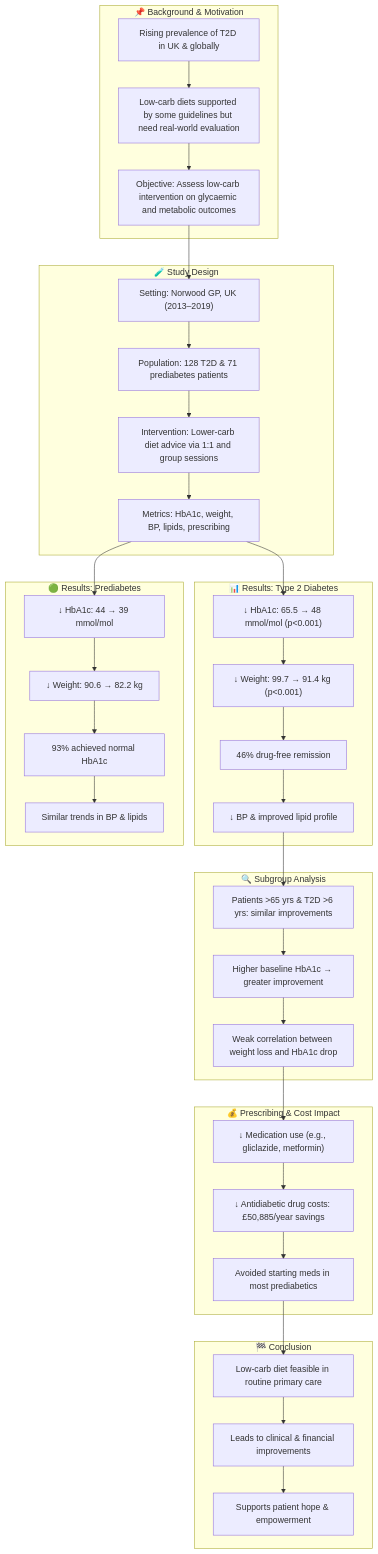
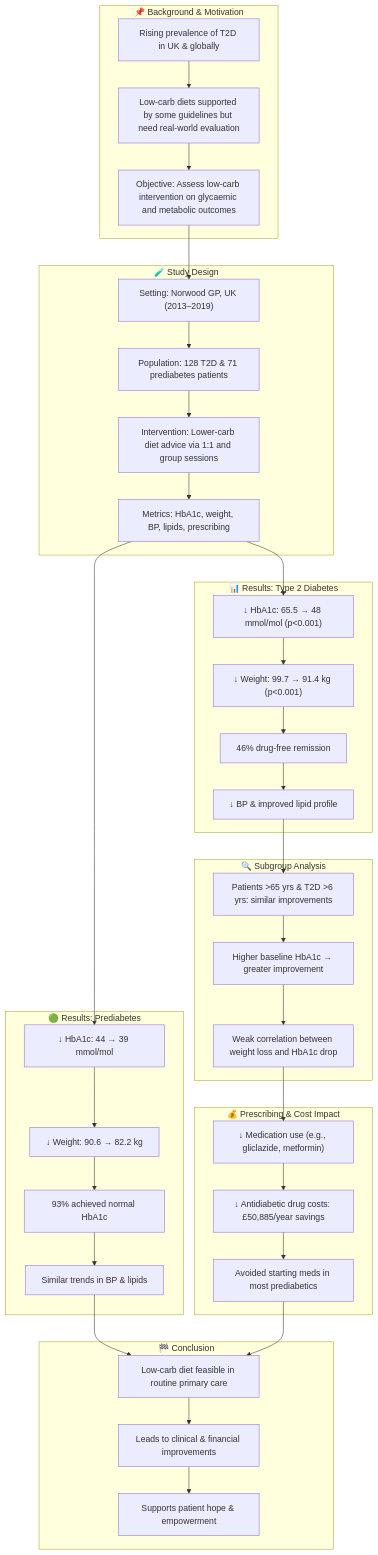
Before and after one commit to LabOnoM/DK.BeesGO: the diagram in source/content/BSGOU-System/Journal Club/JC000013.md, drawn with Mermaid. The commit also changed other lines of this file and 8 other files, not shown here.

````diff
--- a/source/content/BSGOU-System/Journal Club/JC000013.md
+++ b/source/content/BSGOU-System/Journal Club/JC000013.md
@@ -28,56 +26,57 @@
 ```mermaid
 flowchart TB
 
     subgraph "📌 Background & Motivation"
         A1["Rising prevalence of T2D in UK & globally"]
         A2["Low-carb diets supported by some guidelines but need real-world evaluation"]
         A3["Objective: Assess low-carb intervention on glycaemic and metabolic outcomes"]
         A1 --> A2 --> A3
     end
 
     subgraph "🧪 Study Design"
         B1["Setting: Norwood GP, UK (2013–2019)"]
         B2["Population: 128 T2D & 71 prediabetes patients"]
         B3["Intervention: Lower-carb diet advice via 1:1 and group sessions"]
         B4["Metrics: HbA1c, weight, BP, lipids, prescribing"]
         A3 --> B1 --> B2 --> B3 --> B4
     end
 
     subgraph "📊 Results: Type 2 Diabetes"
         C1["↓ HbA1c: 65.5 → 48 mmol/mol (p<0.001)"]
         C2["↓ Weight: 99.7 → 91.4 kg (p<0.001)"]
         C3["46% drug-free remission"]
         C4["↓ BP & improved lipid profile"]
         B4 --> C1 --> C2 --> C3 --> C4
     end
 
     subgraph "🟢 Results: Prediabetes"
         D1["↓ HbA1c: 44 → 39 mmol/mol"]
         D2["↓ Weight: 90.6 → 82.2 kg"]
         D3["93% achieved normal HbA1c"]
         D4["Similar trends in BP & lipids"]
         B4 --> D1 --> D2 --> D3 --> D4
     end
 
     subgraph "🔍 Subgroup Analysis"
         E1["Patients >65 yrs & T2D >6 yrs: similar improvements"]
         E2["Higher baseline HbA1c → greater improvement"]
         E3["Weak correlation between weight loss and HbA1c drop"]
         C4 --> E1 --> E2 --> E3
     end
 
     subgraph "💰 Prescribing & Cost Impact"
         F1["↓ Medication use (e.g., gliclazide, metformin)"]
         F2["↓ Antidiabetic drug costs: £50,885/year savings"]
         F3["Avoided starting meds in most prediabetics"]
         E3 --> F1 --> F2 --> F3
     end
 
     subgraph "🏁 Conclusion"
         G1["Low-carb diet feasible in routine primary care"]
         G2["Leads to clinical & financial improvements"]
         G3["Supports patient hope & empowerment"]
+        D4 --> G1
         F3 --> G1 --> G2 --> G3
     end
 
 ```
````
